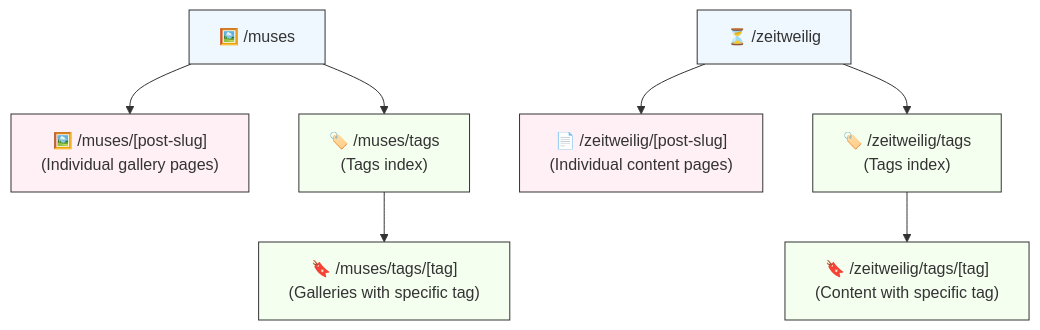
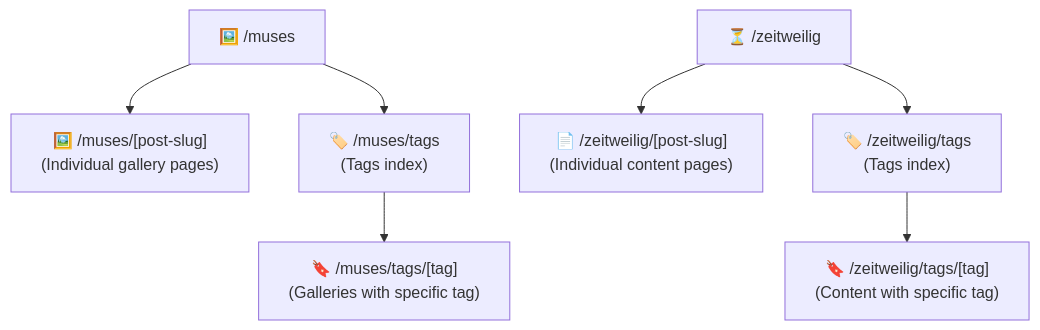
Before and after one commit to erfianugrah/revista-3: the ninth of 9 diagrams in README.md, drawn with Mermaid. The commit also changed other lines of this file and 4 other files, not shown here.

First line of the commit message:
chore: clean up docs — remove PLAN.md, merge Docker README, fix mermaid contrast

````diff
--- a/README.md
+++ b/README.md
@@ -436,20 +376,10 @@
 ```mermaid
 graph TD
-    classDef staticRoute fill:#f0f8ff,stroke:#333,stroke-width:1px
-    classDef dynamicRoute fill:#fff0f5,stroke:#333,stroke-width:1px
-    classDef tagRoute fill:#f5fff0,stroke:#333,stroke-width:1px
-
-    %% Muses routes
     G["🖼️ /muses"] --> O["🖼️ /muses/[post-slug]<br>(Individual gallery pages)"]
     G --> P["🏷️ /muses/tags<br>(Tags index)"]
     P --> Q["🔖 /muses/tags/[tag]<br>(Galleries with specific tag)"]
 
-    %% Zeitweilig routes
     H["⏳ /zeitweilig"] --> R["📄 /zeitweilig/[post-slug]<br>(Individual content pages)"]
     H --> S["🏷️ /zeitweilig/tags<br>(Tags index)"]
     S --> T["🔖 /zeitweilig/tags/[tag]<br>(Content with specific tag)"]
-
-    class G,H staticRoute
-    class O,R dynamicRoute
-    class P,Q,S,T tagRoute
 ```
````
